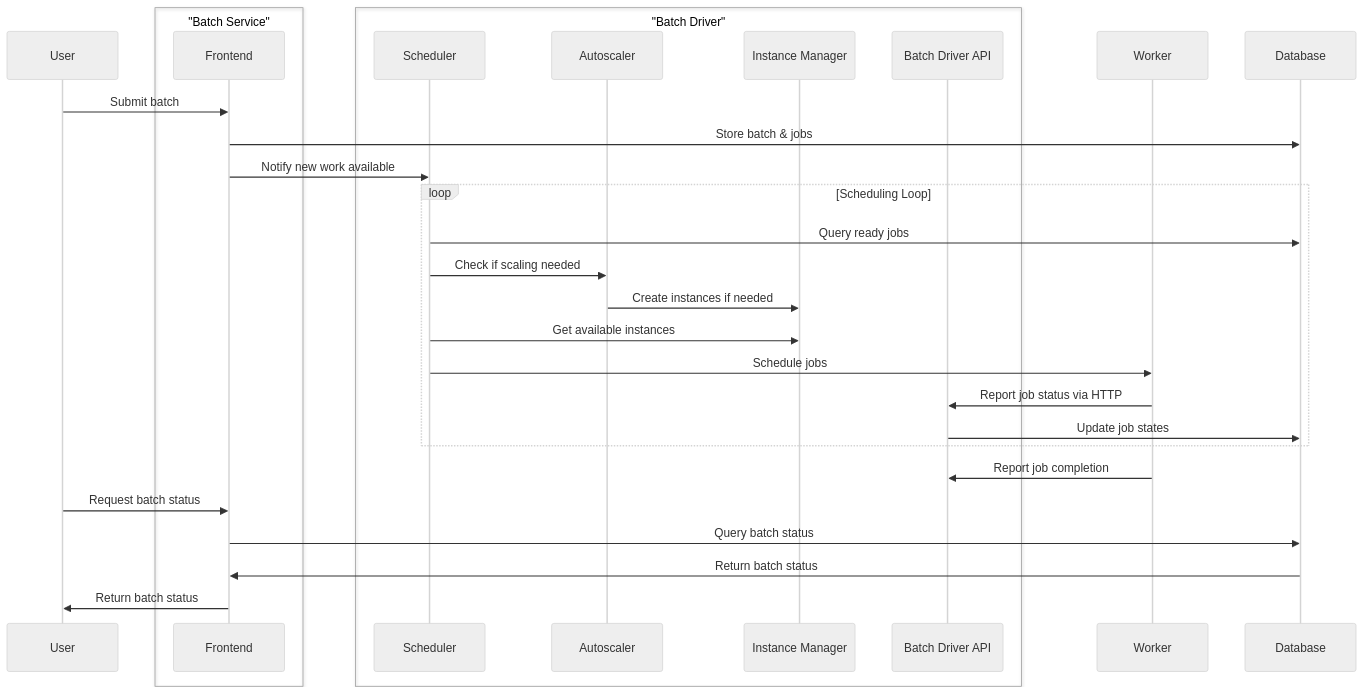
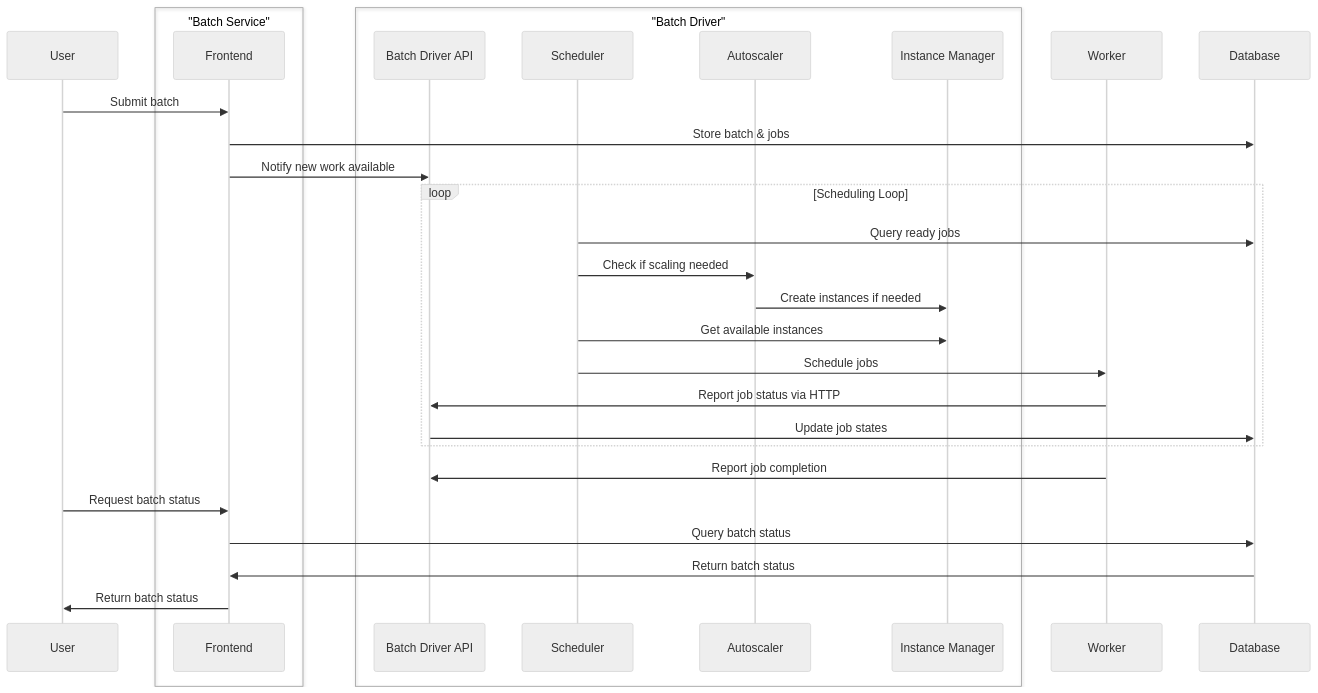
Before and after one commit to cjllanwarne/hail: the ninth of 9 diagrams in dev-docs/services/batch/code-structure.md, drawn with Mermaid (neutral theme).

````diff
--- a/dev-docs/services/batch/code-structure.md
+++ b/dev-docs/services/batch/code-structure.md
@@ -388,38 +388,38 @@
 ```mermaid
 sequenceDiagram
     participant U as User
 
     box "Batch Service"
         participant FE as Frontend
     end
 
     box "Batch Driver"
+        participant BDAPI as Batch Driver API
         participant SC as Scheduler
         participant AS as Autoscaler
         participant ICM as Instance Manager    
-        participant BDAPI as Batch Driver API
     end
 
     participant W as Worker
     participant DB as Database
 
     U->>FE: Submit batch
     FE->>DB: Store batch & jobs
-    FE->>SC: Notify new work available
+    FE->>BDAPI: Notify new work available
     
     loop Scheduling Loop
         SC->>DB: Query ready jobs
         SC->>AS: Check if scaling needed
         AS->>ICM: Create instances if needed
         SC->>ICM: Get available instances
         SC->>W: Schedule jobs
         W->>BDAPI: Report job status via HTTP
         BDAPI->>DB: Update job states
     end
     
     W->>BDAPI: Report job completion
     U->>FE: Request batch status
     FE->>DB: Query batch status
     DB->>FE: Return batch status
     FE->>U: Return batch status
 ```
````
